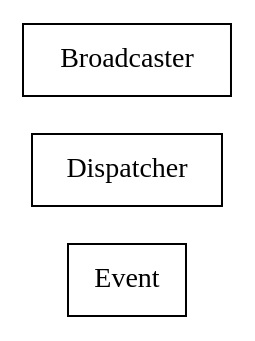
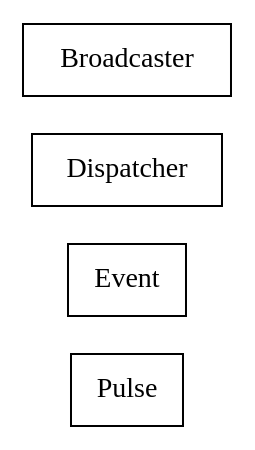
The diagram in docs/com/sekati/events/classes.dot (sekati/sasapi), drawn with Graphviz before and after one commit. The commit also changed 95 other files, not shown here.

```diff
--- a/docs/com/sekati/events/classes.dot
+++ b/docs/com/sekati/events/classes.dot
@@ -1,21 +1,27 @@
 strict digraph class_diagram {
   rankdir=LR;
+  TypePulse[
+    label="Pulse",
+    URL="Pulse.html",
+    tooltip="com.sekati.events.Pulse",
+    shape="record"
+  ];
   TypeEvent[
     label="Event",
     URL="Event.html",
     tooltip="com.sekati.events.Event",
     shape="record"
   ];
   TypeDispatcher[
     label="Dispatcher",
     URL="Dispatcher.html",
     tooltip="com.sekati.events.Dispatcher",
     shape="record"
   ];
   TypeBroadcaster[
     label="Broadcaster",
     URL="Broadcaster.html",
     tooltip="com.sekati.events.Broadcaster",
     shape="record"
   ];
 }
```
